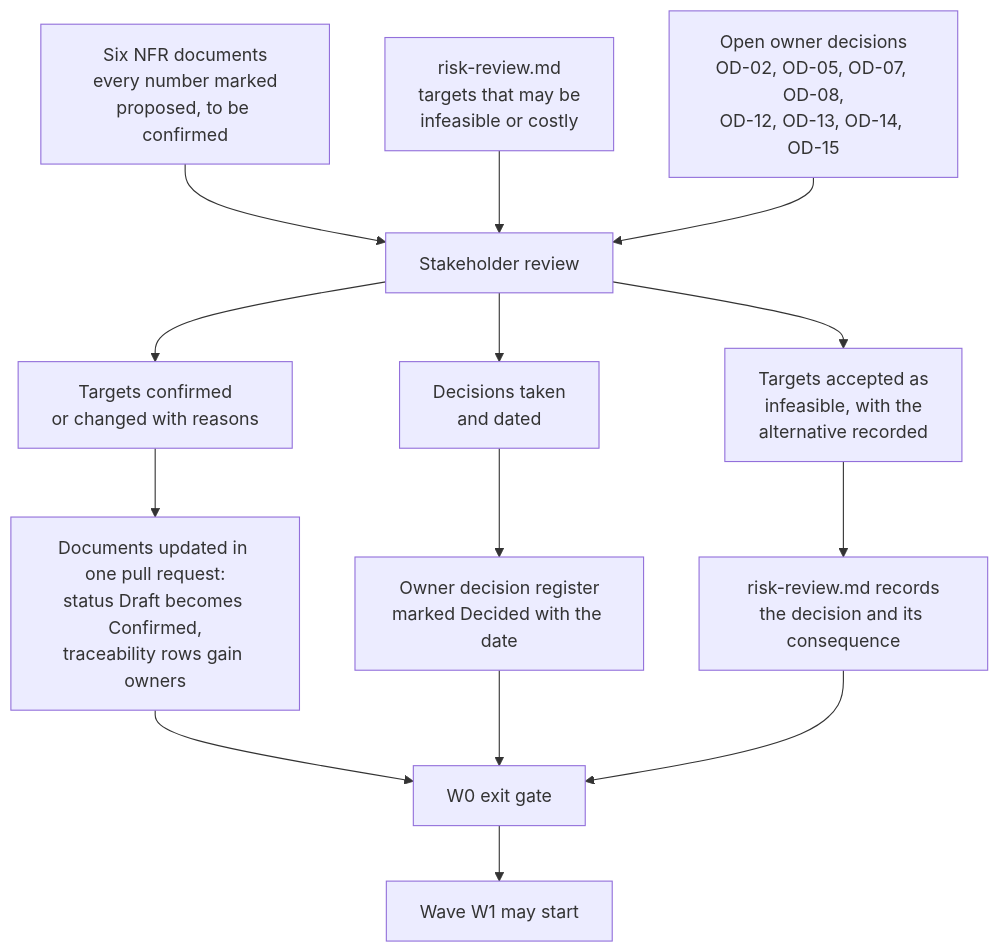
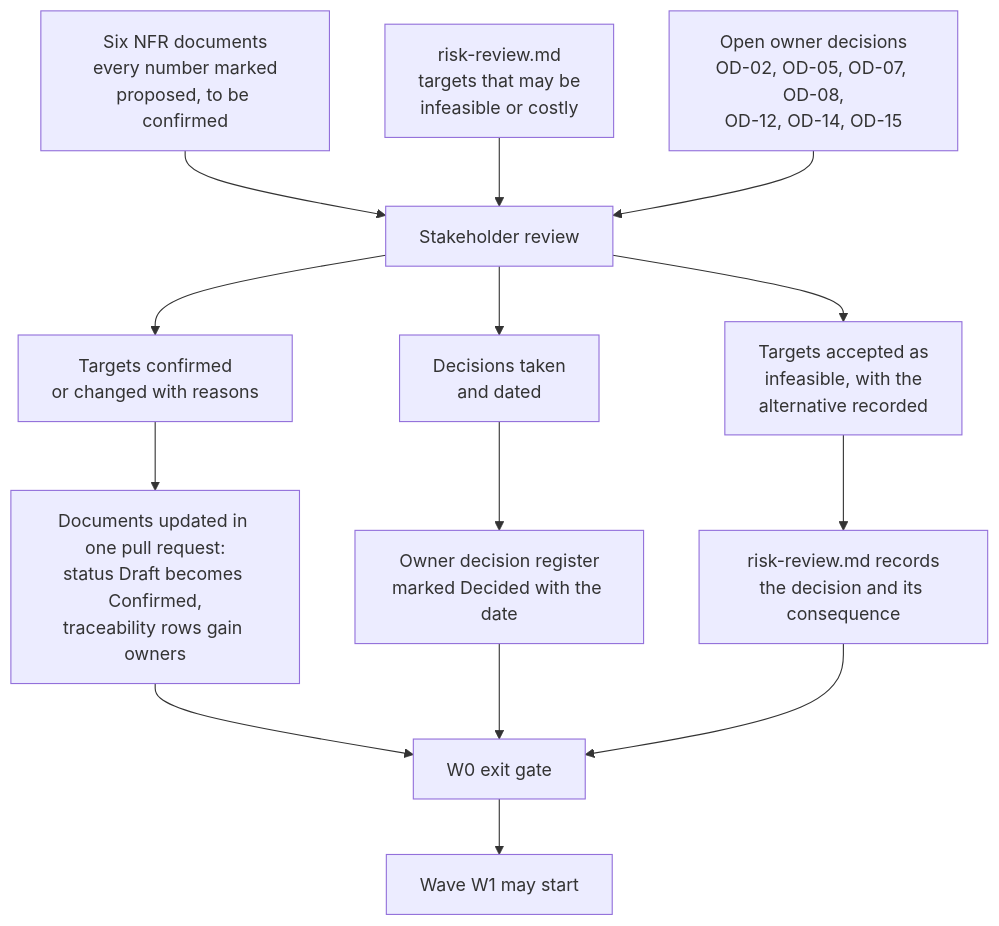
The diagram in docs/nfr/reviews/stakeholder-review.md (MK-AIFy/HyFib-Tailor360), drawn with Mermaid before and after one commit. The commit also changed 9 other files, not shown here.

````diff
--- a/docs/nfr/reviews/stakeholder-review.md
+++ b/docs/nfr/reviews/stakeholder-review.md
@@ -39,16 +39,16 @@
 ```mermaid
 flowchart TD
     docs[Six NFR documents<br/>every number marked<br/>proposed, to be confirmed] --> review[Stakeholder review]
     risk[risk-review.md<br/>targets that may be<br/>infeasible or costly] --> review
-    ods[Open owner decisions<br/>OD-02, OD-05, OD-07, OD-08,<br/>OD-12, OD-13, OD-14, OD-15] --> review
+    ods[Open owner decisions<br/>OD-02, OD-05, OD-07, OD-08,<br/>OD-12, OD-14, OD-15] --> review
     review --> confirmed[Targets confirmed<br/>or changed with reasons]
     review --> decided[Decisions taken<br/>and dated]
     review --> waived[Targets accepted as<br/>infeasible, with the<br/>alternative recorded]
     confirmed --> update[Documents updated in one pull request:<br/>status Draft becomes Confirmed,<br/>traceability rows gain owners]
     decided --> register[Owner decision register<br/>marked Decided with the date]
     waived --> risklog[risk-review.md records<br/>the decision and its consequence]
     update --> gate[W0 exit gate]
     register --> gate
     risklog --> gate
     gate --> w1[Wave W1 may start]
 ```
````
